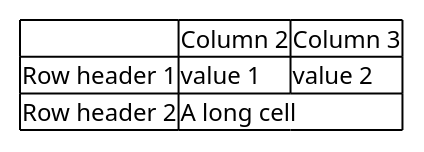
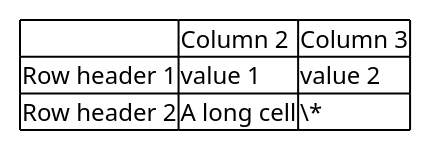
Before and after one commit to mkoertgen/hello.nplant: diagram 11 of 13 in docs/examples_salt_ui.md, drawn with PlantUML. The commit also changed other lines of this file and 68 other files, not shown here.

````diff
--- a/docs/examples_salt_ui.md
+++ b/docs/examples_salt_ui.md
@@ -211,7 +231,9 @@
-	@startsalt
-	{#
-	. | Column 2 | Column 3
-	Row header 1 | value 1 | value 2
-	Row header 2 | A long cell | *
-	}
-	@endsalt
+```plantuml
+@startsalt
+{#
+  . | Column 2 | Column 3
+  Row header 1 | value 1 | value 2
+  Row header 2 | A long cell | \*
+}
+@endsalt
+```
````
